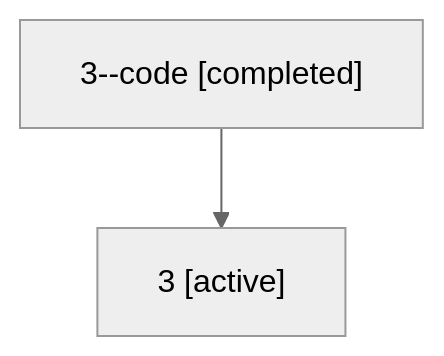
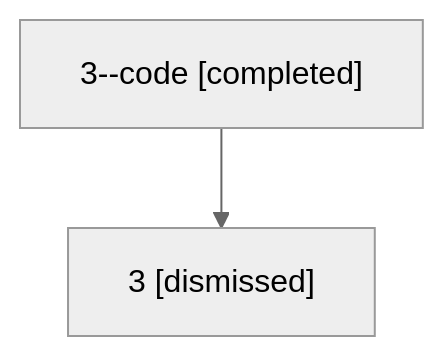
The diagram in sessions/bbugyi200.athena.3.md (sase-org/sase--agents), drawn with Mermaid (neutral theme) before and after one commit. The commit also changed other lines of this file and 32 other files, not shown here.

````diff
--- a/sessions/bbugyi200.athena.3.md
+++ b/sessions/bbugyi200.athena.3.md
@@ -9,6 +9,6 @@
 ```mermaid
 flowchart TD
   n0["3--code [completed]"]
-  n1["3 [active]"]
+  n1["3 [dismissed]"]
   n0 --> n1
 ```
````
